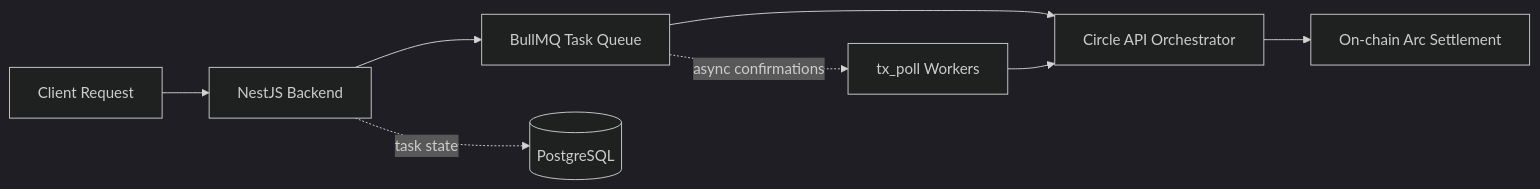
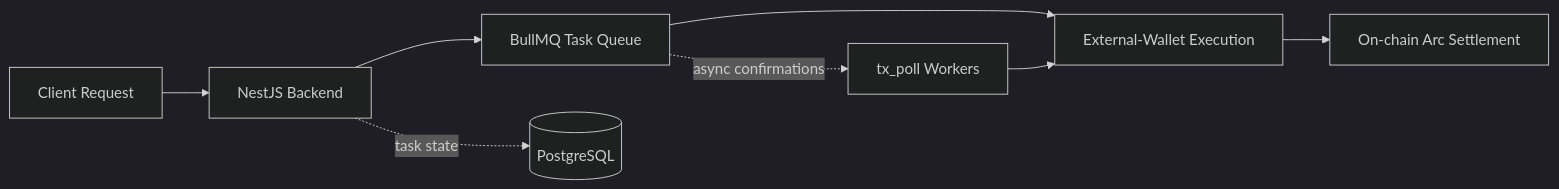
One commit to deseti/wizpay-core changed the diagram in README.md. Above: the diagram before and after it, drawn with Mermaid (dark theme). The commit also changed other lines of this file and 409 other files, not shown here.

````diff
--- a/README.md
+++ b/README.md
@@ -17,10 +17,10 @@
 ```mermaid
 flowchart LR
 		A[Client Request] --> B[NestJS Backend]
 		B --> C[BullMQ Task Queue]
-		C --> D[Circle API Orchestrator]
+		C --> D[External-Wallet Execution]
 		D --> E[On-chain Arc Settlement]
 		B -. task state .-> F[(PostgreSQL)]
 		C -. async confirmations .-> G[tx_poll Workers]
 		G --> D
 ```
````
